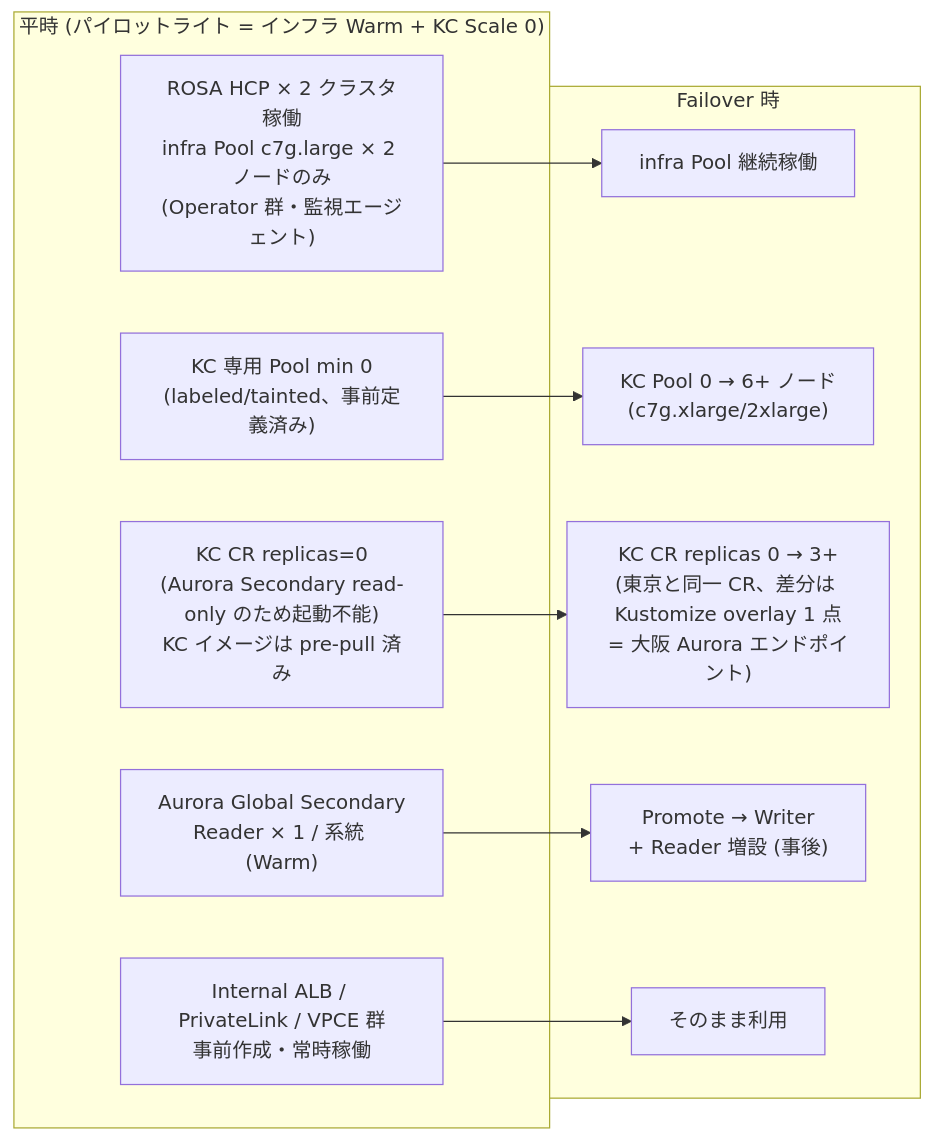
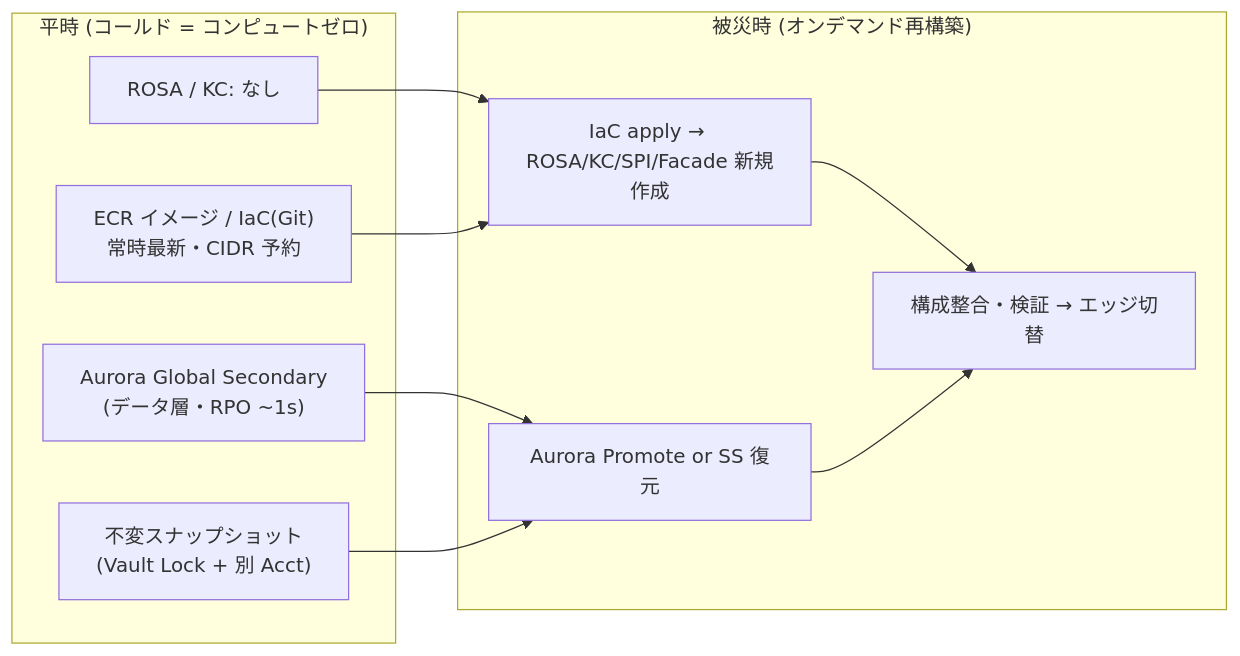
The third of 3 diagrams in doc/basic-design/08-availability-dr-design.md (suepie/aws-atuh-poc), drawn with Mermaid before and after one commit. The commit also changed other lines of this file and 19 other files, not shown here.

````diff
--- a/doc/basic-design/08-availability-dr-design.md
+++ b/doc/basic-design/08-availability-dr-design.md
@@ -307,22 +320,20 @@
 ```mermaid
 flowchart LR
-    subgraph NORM["平時 (パイロットライト = インフラ Warm + KC Scale 0)"]
-        N1["ROSA HCP × 2 クラスタ稼働<br/>infra Pool c7g.large × 2 ノードのみ<br/>(Operator 群・監視エージェント)"]
-        N2["KC 専用 Pool min 0<br/>(labeled/tainted、事前定義済み)"]
-        N3["KC CR replicas=0<br/>(Aurora Secondary read-only のため起動不能)<br/>KC イメージは pre-pull 済み"]
-        N4["Aurora Global Secondary<br/>Reader × 1 / 系統 (Warm)"]
-        N5["Internal ALB / PrivateLink / VPCE 群<br/>事前作成・常時稼働"]
+    subgraph NORM["平時 (コールド = コンピュートゼロ)"]
+        N1["ROSA / KC: なし"]
+        N2["Aurora Global Secondary<br/>(データ層・RPO ~1s)"]
+        N3["不変スナップショット<br/>(Vault Lock + 別 Acct)"]
+        N4["ECR イメージ / IaC(Git)<br/>常時最新・CIDR 予約"]
     end
-    subgraph FO["Failover 時"]
-        F1["infra Pool 継続稼働"]
-        F2["KC Pool 0 → 6+ ノード<br/>(c7g.xlarge/2xlarge)"]
-        F3["KC CR replicas 0 → 3+<br/>(東京と同一 CR、差分は Kustomize overlay 1 点<br/>= 大阪 Aurora エンドポイント)"]
-        F4["Promote → Writer<br/>+ Reader 増設 (事後)"]
-        F5["そのまま利用"]
+    subgraph FO["被災時 (オンデマンド再構築)"]
+        F1["IaC apply → ROSA/KC/SPI/Facade 新規作成"]
+        F2["Aurora Promote or SS 復元"]
+        F3["構成整合・検証 → エッジ切替"]
     end
     N1 --> F1
     N2 --> F2
-    N3 --> F3
-    N4 --> F4
-    N5 --> F5
+    N3 --> F2
+    N4 --> F1
+    F1 --> F3
+    F2 --> F3
 ```
````
